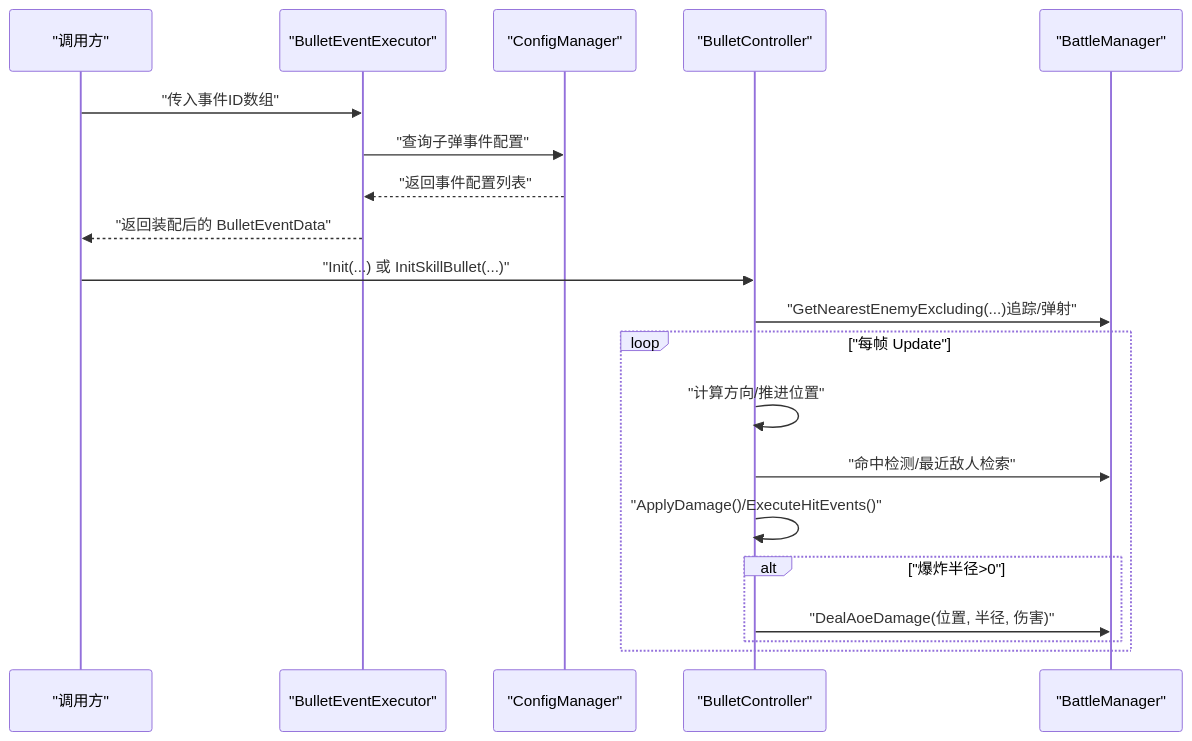
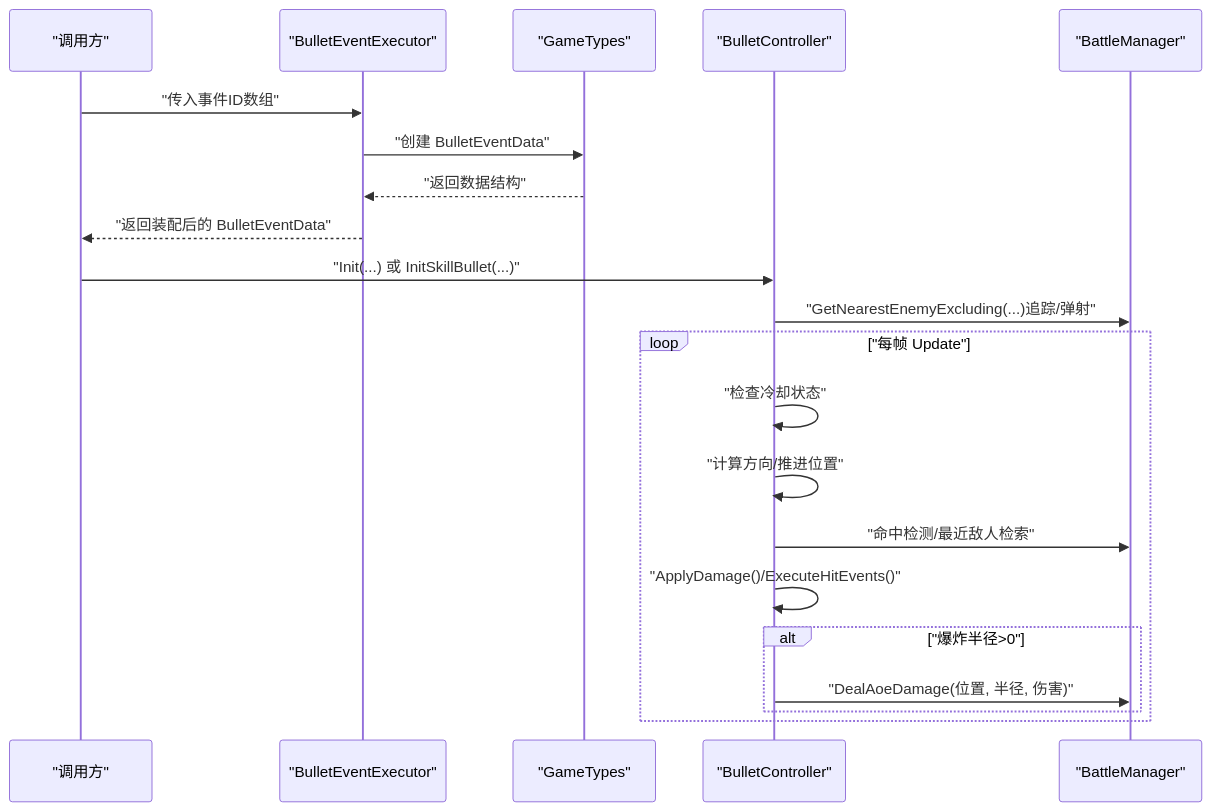
One commit to Tuusen/p1_client changed the second of 5 diagrams in .qoder/repowiki/zh/content/战斗系统/弹幕系统.md. Above: the diagram before and after it, drawn with Mermaid. The commit also changed other lines of this file and 13 other files, not shown here.

````diff
--- a/.qoder/repowiki/zh/content/战斗系统/弹幕系统.md
+++ b/.qoder/repowiki/zh/content/战斗系统/弹幕系统.md
@@ -104,22 +86,23 @@
 ```mermaid
 sequenceDiagram
 participant Caller as "调用方"
 participant BE as "BulletEventExecutor"
-participant GM as "ConfigManager"
+participant GT as "GameTypes"
 participant BC as "BulletController"
 participant BM as "BattleManager"
 Caller->>BE : "传入事件ID数组"
-BE->>GM : "查询子弹事件配置"
-GM-->>BE : "返回事件配置列表"
+BE->>GT : "创建 BulletEventData"
+GT-->>BE : "返回数据结构"
 BE-->>Caller : "返回装配后的 BulletEventData"
 Caller->>BC : "Init(...) 或 InitSkillBullet(...)"
 BC->>BM : "GetNearestEnemyExcluding(...)追踪/弹射"
 loop "每帧 Update"
+BC->>BC : "检查冷却状态"
 BC->>BC : "计算方向/推进位置"
 BC->>BM : "命中检测/最近敌人检索"
 BC->>BC : "ApplyDamage()/ExecuteHitEvents()"
 alt "爆炸半径>0"
 BC->>BM : "DealAoeDamage(位置, 半径, 伤害)"
 end
 end
 ```
````
